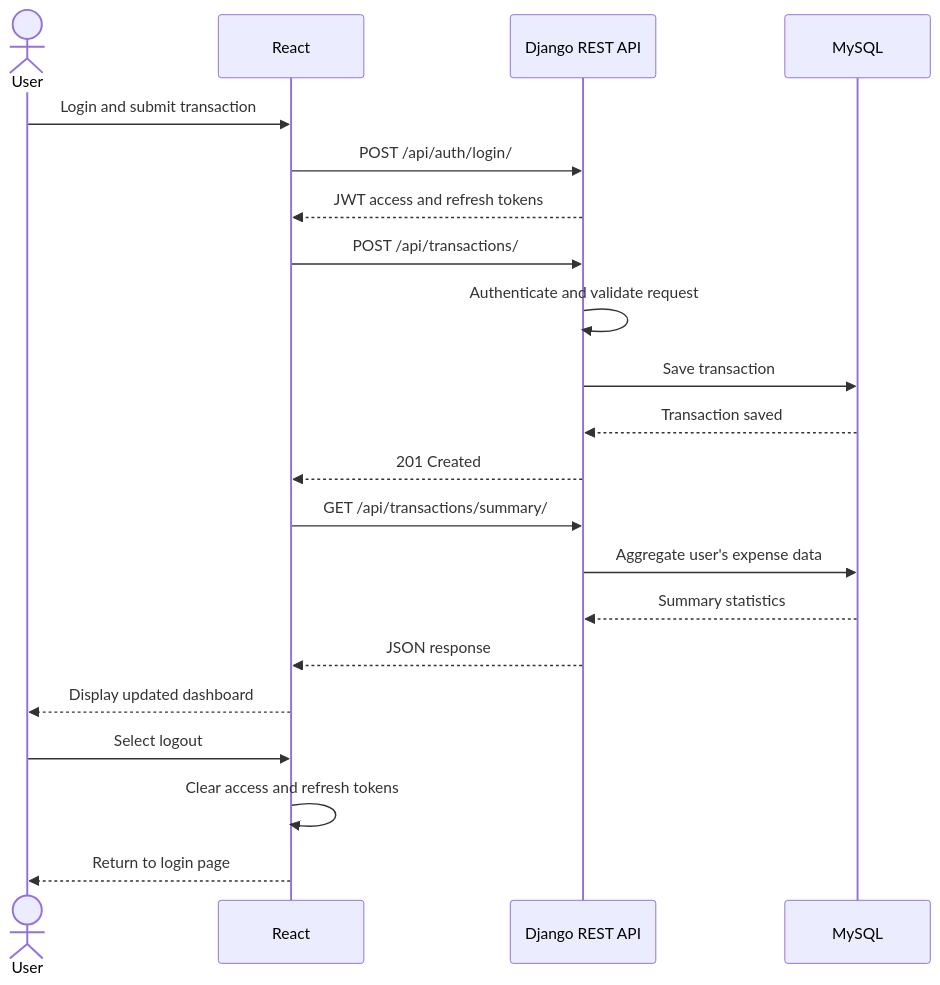
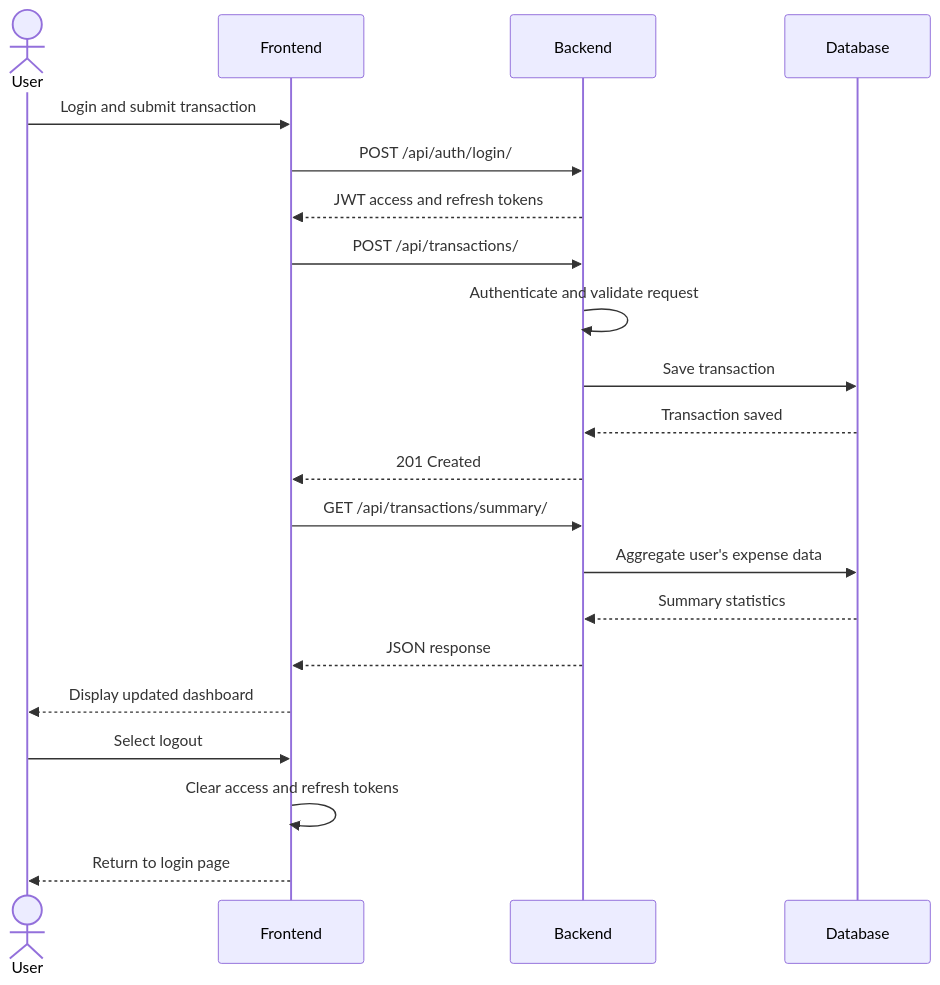
One commit to schak04/personal-expense-tracker changed the third of 3 diagrams in README.md. Above: the diagram before and after it, drawn with Mermaid.

````diff
--- a/README.md
+++ b/README.md
@@ -118,24 +118,24 @@
 ```mermaid
 sequenceDiagram
     actor User
-    participant React
-    participant Django as Django REST API
-    participant DB as MySQL
+    participant Frontend
+    participant Backend
+    participant Database
 
-    User->>React: Login and submit transaction
-    React->>Django: POST /api/auth/login/
-    Django-->>React: JWT access and refresh tokens
-    React->>Django: POST /api/transactions/
-    Django->>Django: Authenticate and validate request
-    Django->>DB: Save transaction
-    DB-->>Django: Transaction saved
-    Django-->>React: 201 Created
-    React->>Django: GET /api/transactions/summary/
-    Django->>DB: Aggregate user's expense data
-    DB-->>Django: Summary statistics
-    Django-->>React: JSON response
-    React-->>User: Display updated dashboard
-    User->>React: Select logout
-    React->>React: Clear access and refresh tokens
-    React-->>User: Return to login page
+    User->>Frontend: Login and submit transaction
+    Frontend->>Backend: POST /api/auth/login/
+    Backend-->>Frontend: JWT access and refresh tokens
+    Frontend->>Backend: POST /api/transactions/
+    Backend->>Backend: Authenticate and validate request
+    Backend->>Database: Save transaction
+    Database-->>Backend: Transaction saved
+    Backend-->>Frontend: 201 Created
+    Frontend->>Backend: GET /api/transactions/summary/
+    Backend->>Database: Aggregate user's expense data
+    Database-->>Backend: Summary statistics
+    Backend-->>Frontend: JSON response
+    Frontend-->>User: Display updated dashboard
+    User->>Frontend: Select logout
+    Frontend->>Frontend: Clear access and refresh tokens
+    Frontend-->>User: Return to login page
 ```
````
